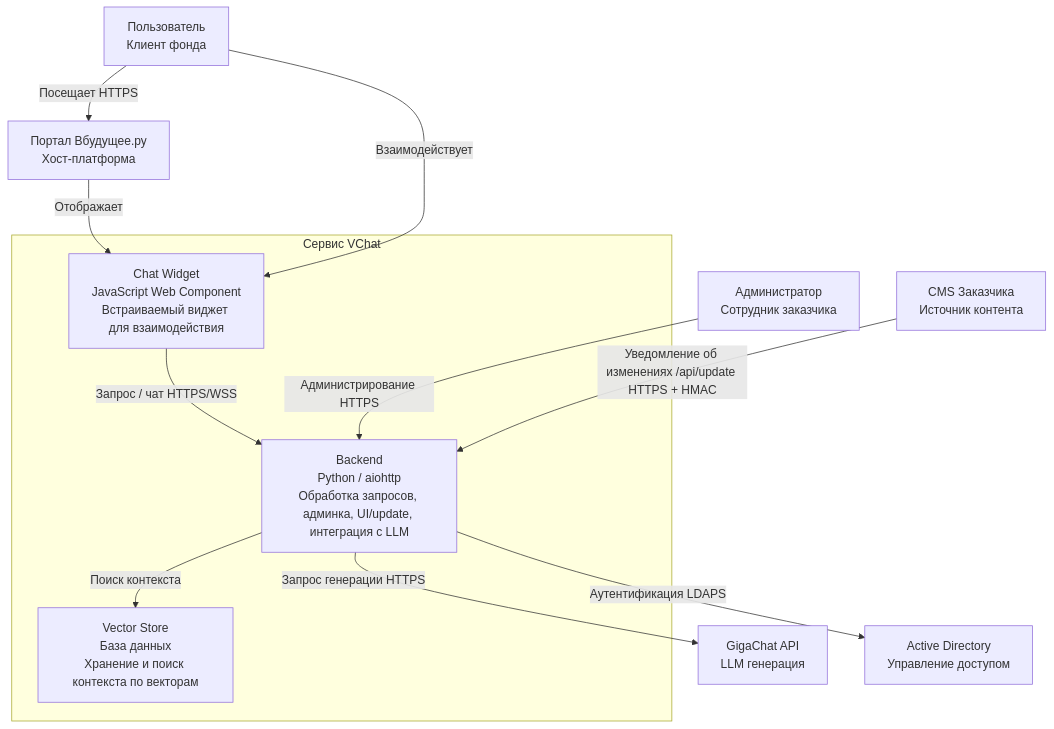
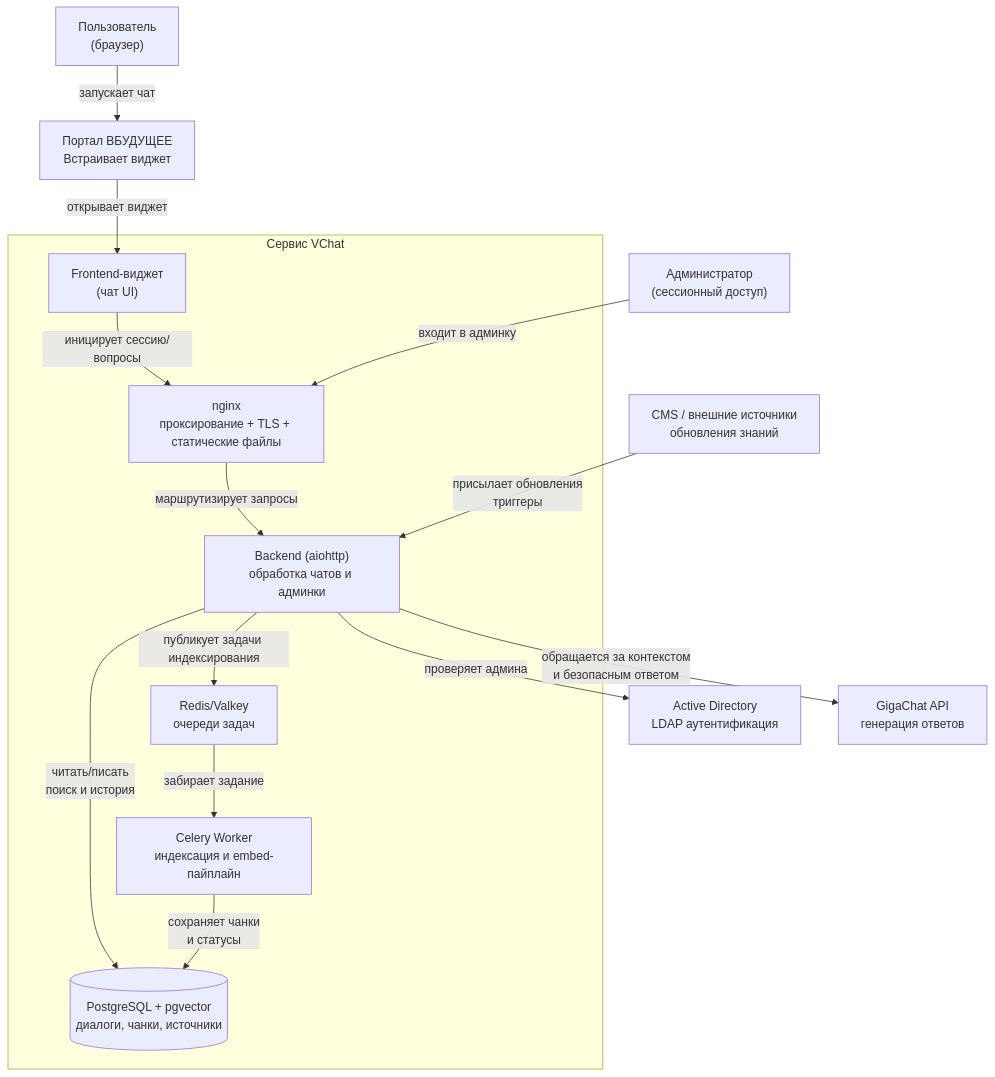
The first of 9 diagrams in docs/01_architecture_specification_comments.md (xen/vchat), drawn with Mermaid before and after one commit. The commit also changed other lines of this file and 6 other files, not shown here.

Commit message:
refactor: update architecture documentation for clarity and consistency

````diff
--- a/docs/01_architecture_specification_comments.md
+++ b/docs/01_architecture_specification_comments.md
@@ -21,25 +21,31 @@
 ```mermaid
 flowchart TD
-    user["Пользователь<br/>Клиент фонда"]
-    portal["Портал Вбудущее.ру<br/>Хост-платформа"]
-    admin["Администратор<br/>Сотрудник заказчика"]
-    cms["CMS Заказчика<br/>Источник контента"]
-    gigachat["GigaChat API<br/>LLM генерация"]
-    ad["Active Directory<br/>Управление доступом"]
+    user["Пользователь\n(браузер)"]
+    portal["Портал ВБУДУЩЕЕ\nВстраивает виджет"]
+    admin["Администратор\n(сессионный доступ)"]
+    ad["Active Directory\nLDAP аутентификация"]
+    sources["CMS / внешние источники\nобновления знаний"]
+    gigachat["GigaChat API\nгенерация ответов"]
 
     subgraph vchat["Сервис VChat"]
-        widget["Chat Widget<br/>JavaScript Web Component<br/>Встраиваемый виджет для взаимодействия"]
-        backend["Backend<br/>Python / aiohttp<br/>Обработка запросов, админка, UI/update, интеграция с LLM"]
-        vector["Vector Store<br/>База данных<br/>Хранение и поиск контекста по векторам"]
+        widget["Frontend-виджет\n(чат UI)"]
+        nginx["nginx\nпроксирование + TLS + статические файлы"]
+        backend["Backend (aiohttp)\nобработка чатов и админки"]
+        celery["Celery Worker\nиндексация и embed-пайплайн"]
+        redis["Redis/Valkey\nочереди задач"]
+        postgres[("PostgreSQL + pgvector\nдиалоги, чанки, источники")]
     end
 
-    user -->|"Посещает HTTPS"| portal
-    portal -->|"Отображает"| widget
-    user -->|"Взаимодействует"| widget
-    widget -->|"Запрос / чат HTTPS/WSS"| backend
-    admin -->|"Администрирование HTTPS"| backend
-    cms -->|"Уведомление об изменениях /api/update HTTPS + HMAC"| backend
-    backend -->|"Поиск контекста"| vector
-    backend -->|"Запрос генерации HTTPS"| gigachat
-    backend -->|"Аутентификация LDAPS"| ad
+    user -->|"запускает чат"| portal
+    portal -->|"открывает виджет"| widget
+    widget -->|"иницирует сессию/вопросы"| nginx
+    nginx -->|"маршрутизирует запросы"| backend
+    admin -->|"входит в админку"| nginx
+    backend -->|"проверяет админа"| ad
+    sources -->|"присылает обновления\nтриггеры"| backend
+    backend -->|"обращается за контекстом\nи безопасным ответом"| gigachat
+    backend -->|"читать/писать\nпоиск и история"| postgres
+    backend -->|"публикует задачи индексирования"| redis
+    redis -->|"забирает задание"| celery
+    celery -->|"сохраняет чанки\nи статусы"| postgres
 ```
````
